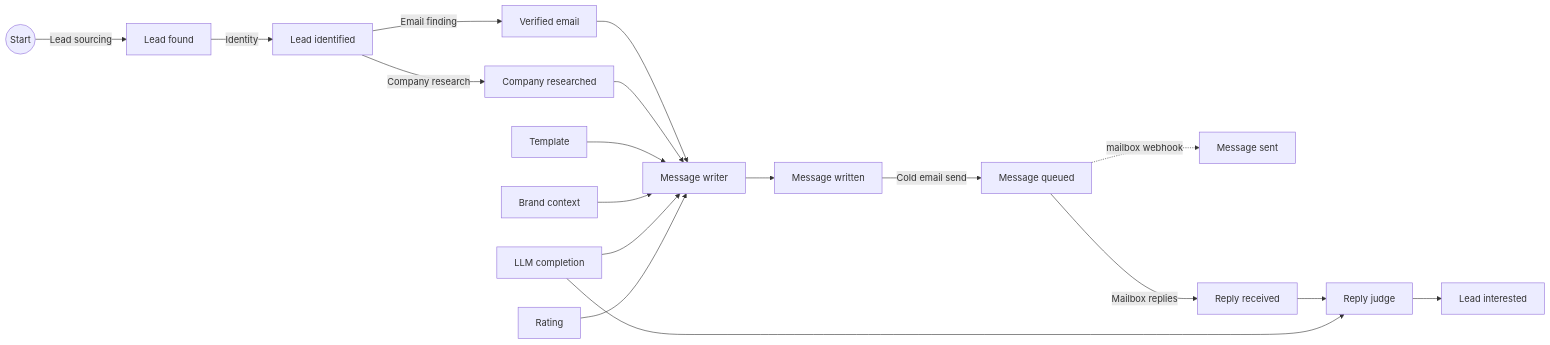
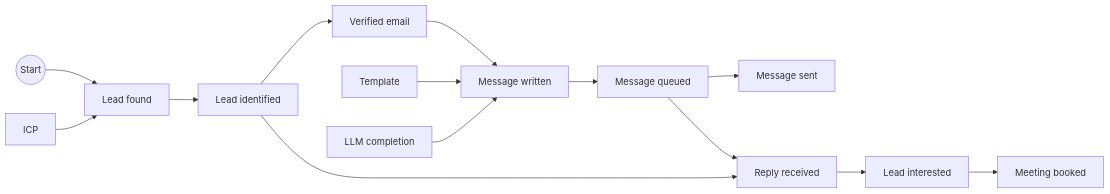
One commit to distribute-you/gtm-factory changed the diagram in docs/framework.md. Above: the diagram before and after it, drawn with Mermaid. The commit also changed other lines of this file and 194 other files, not shown here.

````diff
--- a/docs/framework.md
+++ b/docs/framework.md
@@ -13,20 +13,16 @@
 ```mermaid
 flowchart LR
-  M((Start)) -->|Lead sourcing| F[Lead found]
-  F -->|Identity| I[Lead identified]
-  I -->|Email finding| E[Verified email]
-  I -->|Company research| C[Company researched]
-  E --> W[Message writer]
-  C --> W
+  M((Start)) --> F[Lead found]
+  A[ICP] --> F
+  F --> I[Lead identified]
+  I --> E[Verified email]
+  E --> W[Message written]
   T[Template] --> W
-  B[Brand context] --> W
   L[LLM completion] --> W
-  R[Rating] --> W
-  W --> MW[Message written]
-  MW -->|Cold email send| Q[Message queued]
-  Q -.mailbox webhook.-> S[Message sent]
-  Q -->|Mailbox replies| Y[Reply received]
-  Y --> J[Reply judge]
-  L --> J
-  J --> N[Lead interested]
+  W --> Q[Message queued]
+  Q --> S[Message sent]
+  Q --> Y[Reply received]
+  I --> Y
+  Y --> N[Lead interested]
+  N --> B[Meeting booked]
 ```
````
